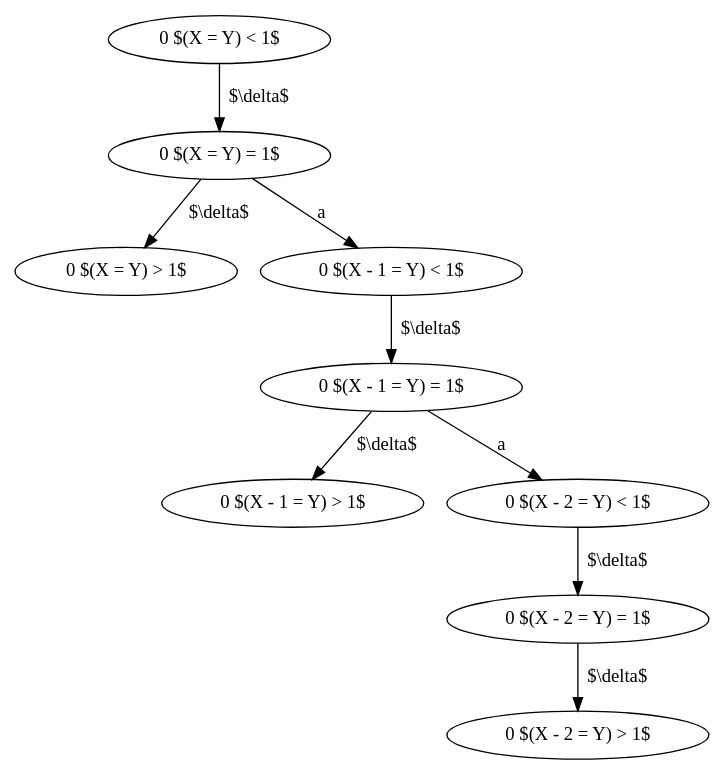
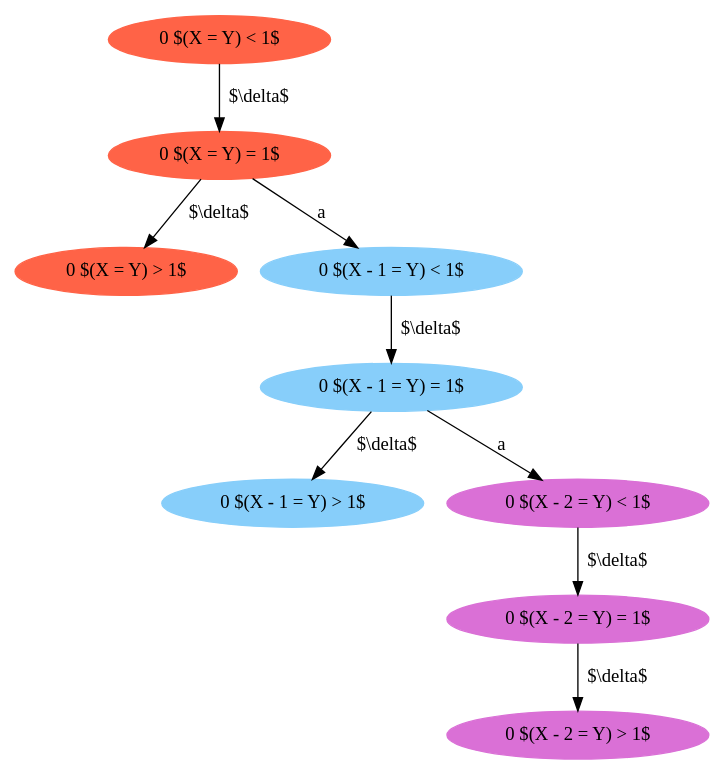
One commit to sguha100/bachelor-thesis changed the diagram in thesis/breaking2-zones03.dot. Above: the diagram before and after it, drawn with Graphviz. The commit also changed 6 other files, not shown here.

```diff
--- a/thesis/breaking2-zones03.dot
+++ b/thesis/breaking2-zones03.dot
@@ -1,19 +1,19 @@
 digraph {
-"0 $(X = Y) < 1$";
-"0 $(X = Y) = 1$";
-"0 $(X = Y) > 1$";
-"0 $(X - 1 = Y) < 1$";
-"0 $(X - 1 = Y) = 1$";
-"0 $(X - 1 = Y) > 1$";
-"0 $(X - 2 = Y) < 1$";
-"0 $(X - 2 = Y) = 1$";
-"0 $(X - 2 = Y) > 1$";
+"0 $(X = Y) < 1$" [style=filled,color=tomato];
+"0 $(X = Y) = 1$" [style=filled,color=tomato];
+"0 $(X = Y) > 1$" [style=filled,color=tomato];
+"0 $(X - 1 = Y) < 1$" [style=filled,color=lightskyblue];
+"0 $(X - 1 = Y) = 1$" [style=filled,color=lightskyblue];
+"0 $(X - 1 = Y) > 1$" [style=filled,color=lightskyblue];
+"0 $(X - 2 = Y) < 1$" [style=filled,color=orchid];
+"0 $(X - 2 = Y) = 1$" [style=filled,color=orchid];
+"0 $(X - 2 = Y) > 1$" [style=filled,color=orchid];
 "0 $(X = Y) < 1$" -> "0 $(X = Y) = 1$" [label = "$\\delta$"]
 "0 $(X = Y) = 1$" -> "0 $(X = Y) > 1$" [label = "$\\delta$"]
 "0 $(X = Y) = 1$" -> "0 $(X - 1 = Y) < 1$" [label = "a"]
 "0 $(X - 1 = Y) < 1$" -> "0 $(X - 1 = Y) = 1$" [label = "$\\delta$"]
 "0 $(X - 1 = Y) = 1$" -> "0 $(X - 1 = Y) > 1$" [label = "$\\delta$"]
 "0 $(X - 1 = Y) = 1$" -> "0 $(X - 2 = Y) < 1$" [label = "a"]
 "0 $(X - 2 = Y) < 1$" -> "0 $(X - 2 = Y) = 1$" [label = "$\\delta$"]
 "0 $(X - 2 = Y) = 1$" -> "0 $(X - 2 = Y) > 1$" [label = "$\\delta$"]
 }
```
